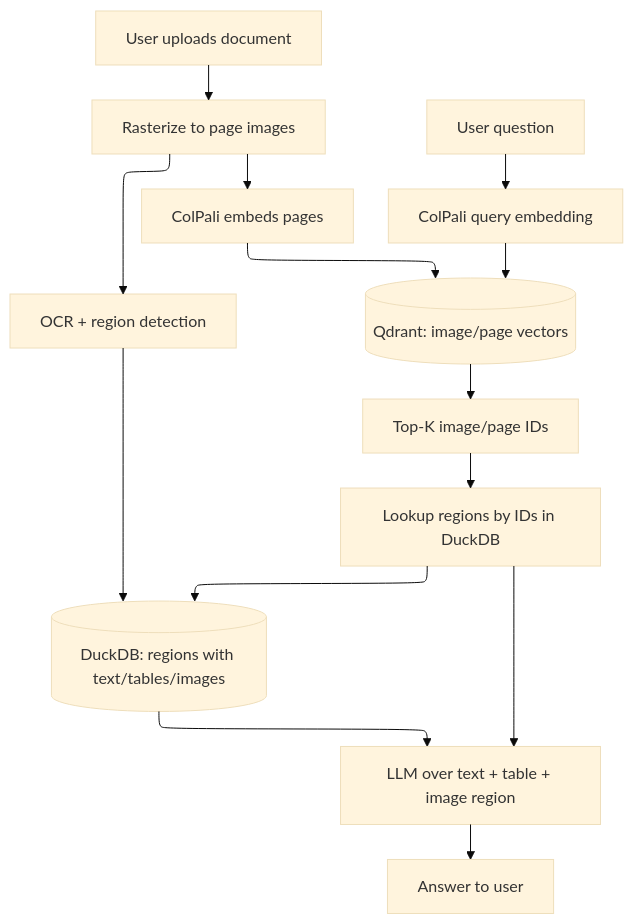
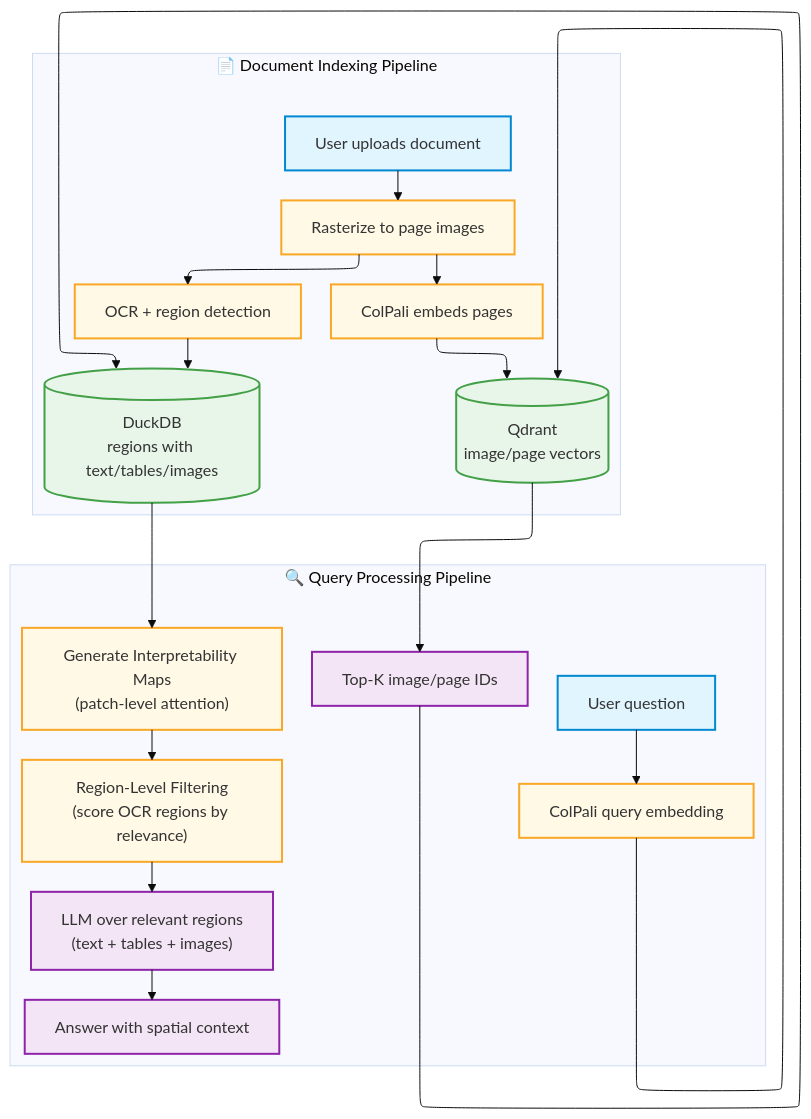
One commit to athrael-soju/Snappy changed the diagram in backend/docs/architecture.md. Above: the diagram before and after it, drawn with Mermaid.

Commit message:
feat: enhance architecture documentation with detailed indexing and query processing pipelines

````diff
--- a/backend/docs/architecture.md
+++ b/backend/docs/architecture.md
@@ -5,20 +5,36 @@
 ```mermaid
 ---
 config:
   layout: elk
   look: classic
   theme: base
 ---
 flowchart TB
-    U["User uploads document"] --> R["Rasterize to page images"]
-    R --> E["ColPali embeds pages"] & O["OCR + region detection"]
-    E --> Qdrant[("Qdrant: image/page vectors")]
-    O --> Duck[("DuckDB: regions with text/tables/images")]
-    Q["User question"] --> QE["ColPali query embedding"]
-    QE --> Qdrant
-    Qdrant --> K["Top-K image/page IDs"]
-    K --> JR["Lookup regions by IDs in DuckDB"]
-    JR --> LLM["LLM over text + table + image region"] & Duck
-    LLM --> A["Answer to user"]
-    Duck --> LLM
+    subgraph Indexing["📄 Document Indexing Pipeline"]
+        U["User uploads document"] --> R["Rasterize to page images"]
+        R --> E["ColPali embeds pages"] & O["OCR + region detection"]
+        E --> Qdrant[("Qdrant<br/>image/page vectors")]
+        O --> Duck[("DuckDB<br/>regions with text/tables/images")]
+    end
+
+    subgraph Query["🔍 Query Processing Pipeline"]
+        Q["User question"] --> QE["ColPali query embedding"]
+        QE --> Qdrant
+        Qdrant --> K["Top-K image/page IDs"]
+        K --> Duck
+        Duck --> IM["Generate Interpretability Maps<br/>(patch-level attention)"]
+        IM --> RF["Region-Level Filtering<br/>(score OCR regions by relevance)"]
+        RF --> LLM["LLM over relevant regions<br/>(text + tables + images)"]
+        LLM --> A["Answer with spatial context"]
+    end
+
+    classDef userNode fill:#e1f5ff,stroke:#0288d1,stroke-width:2px
+    classDef processNode fill:#fff9e6,stroke:#f9a825,stroke-width:2px
+    classDef storageNode fill:#e8f5e9,stroke:#43a047,stroke-width:2px
+    classDef resultNode fill:#f3e5f5,stroke:#8e24aa,stroke-width:2px
+
+    class U,Q userNode
+    class R,E,O,QE,IM,RF processNode
+    class Qdrant,Duck storageNode
+    class K,LLM,A resultNode
 ```
````
